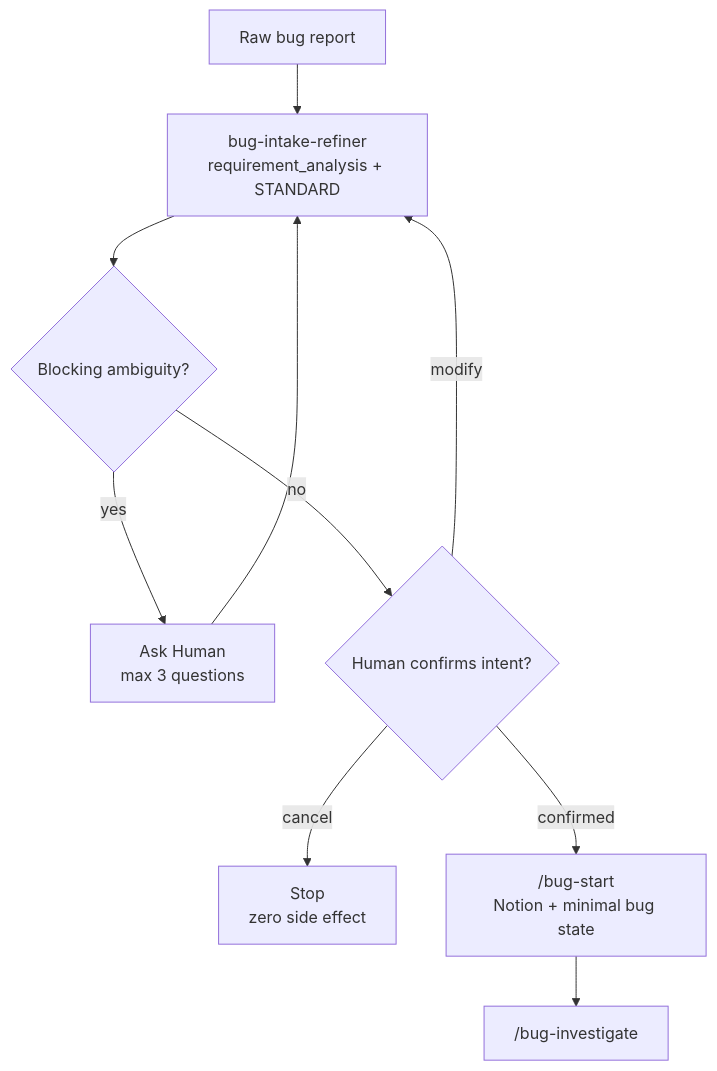
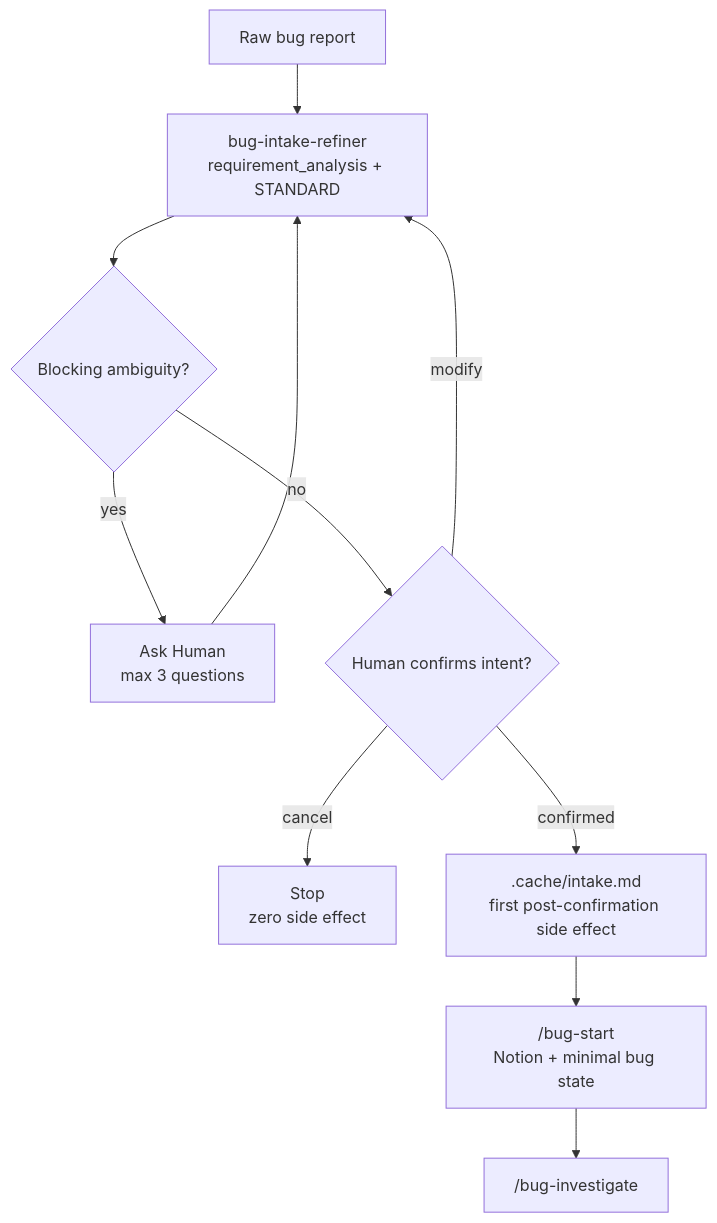
Before and after one commit to mark22013333/crew: the first of 2 diagrams in plugins/bug-workflow/README.md, drawn with Mermaid. The commit also changed other lines of this file, not shown here.

Commit message:
docs: document durable Bug intake recovery

````diff
--- a/plugins/bug-workflow/README.md
+++ b/plugins/bug-workflow/README.md
@@ -56,12 +56,13 @@
 ```mermaid
 flowchart TD
     Raw["Raw bug report"] --> Refiner["bug-intake-refiner<br/>requirement_analysis + STANDARD"]
     Refiner --> Blocking{"Blocking ambiguity?"}
     Blocking -- "yes" --> Ask["Ask Human<br/>max 3 questions"]
     Ask --> Refiner
     Blocking -- "no" --> Confirm{"Human confirms intent?"}
     Confirm -- "modify" --> Refiner
     Confirm -- "cancel" --> Stop["Stop<br/>zero side effect"]
-    Confirm -- "confirmed" --> Start["/bug-start<br/>Notion + minimal bug state"]
+    Confirm -- "confirmed" --> Cache[".cache/intake.md<br/>first post-confirmation side effect"]
+    Cache --> Start["/bug-start<br/>Notion + minimal bug state"]
     Start --> Investigate["/bug-investigate"]
 ```
````
